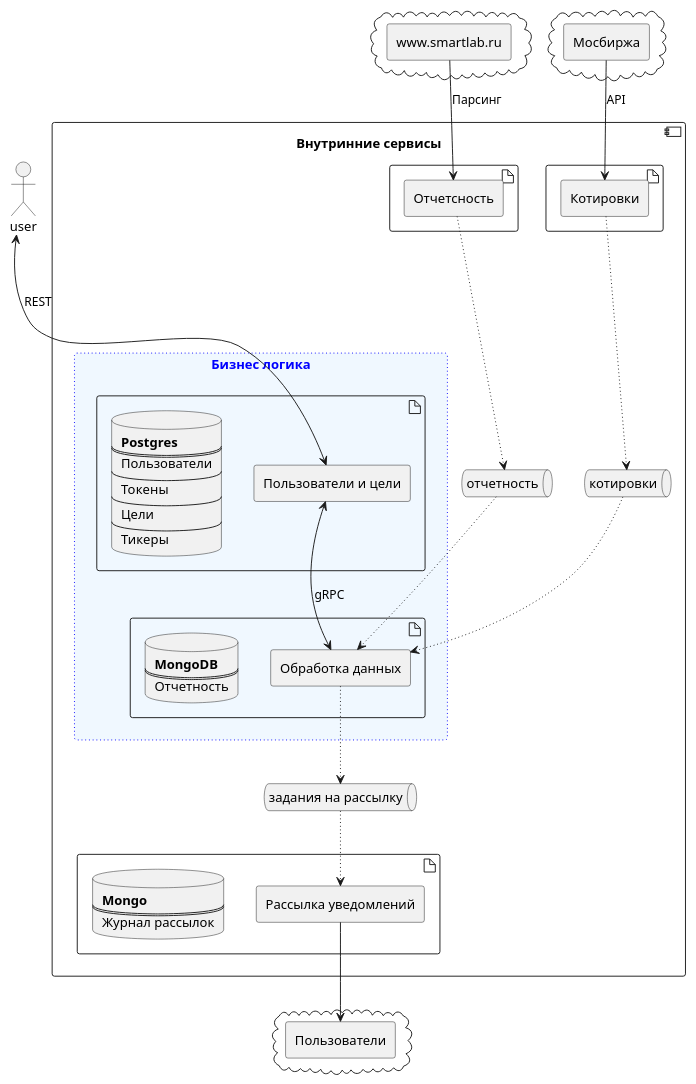
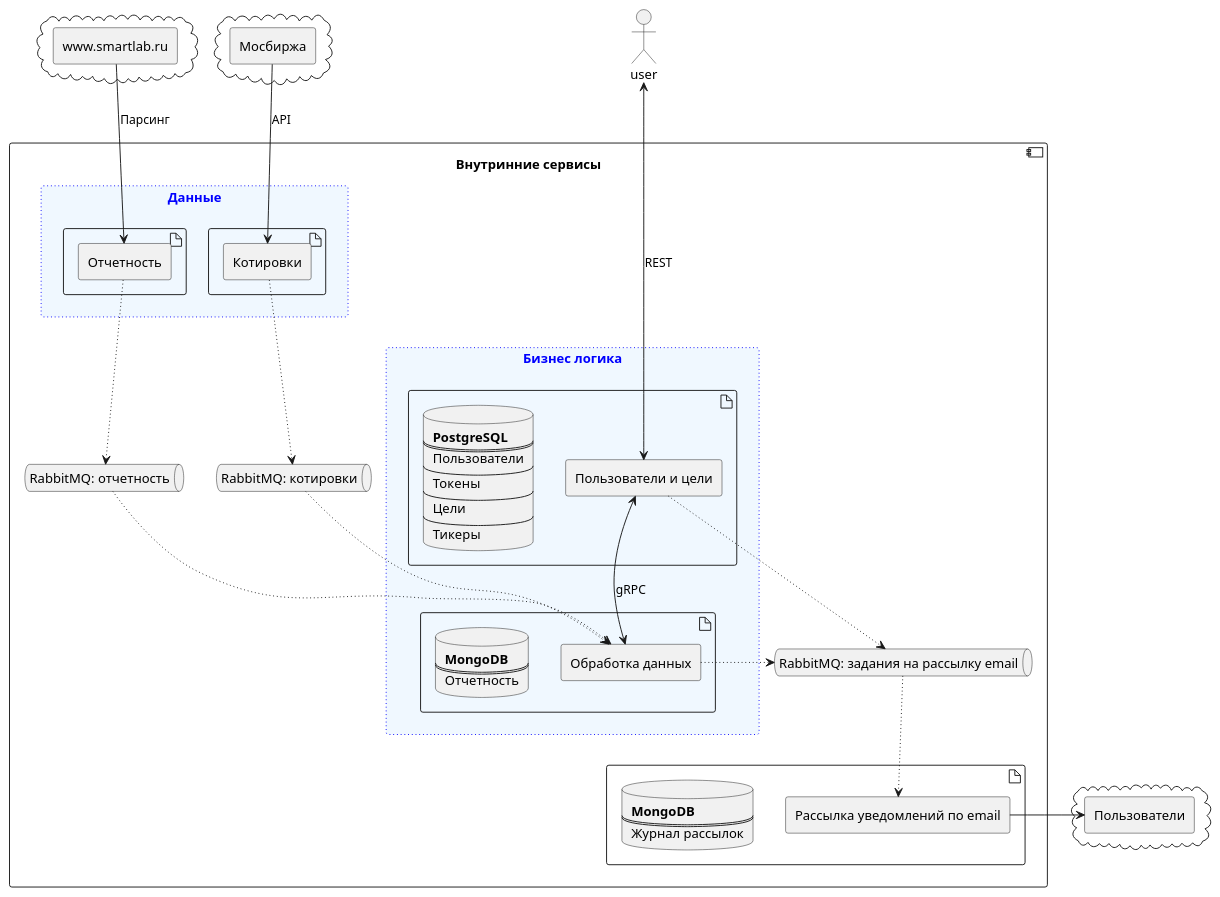
The diagram in README.md (akolobaha/fin_quotes), drawn with PlantUML before and after one commit. The commit also changed 7 other files, not shown here.

```diff
--- a/README.md
+++ b/README.md
@@ -32,11 +32,6 @@
 
 component "Внутринние сервисы" as internal {
 
-    artifact {
-        agent "Котировки" as tracker
-   
-    }
-    
     rectangle rect_processing as "Бизнес логика" #aliceblue;line:blue;line.dotted;text:blue {
         artifact  {
             agent "Обработка данных" as processing 
@@ -52,7 +47,7 @@
             agent "Пользователи и цели" as users_service 
             
             database database_user [
-                <b>Postgres
+                <b>PostgreSQL
                 ====
                 Пользователи
                 ----
@@ -67,21 +62,30 @@
     
     
     artifact {
-        agent "Рассылка уведомлений" as notification
+        
         database database_notification [
-                <b>Mongo
+                <b>MongoDB
                 ====
                 Журнал рассылок
             ]
+        agent "Рассылка уведомлений по email" as notification
+    }
+
+
+    rectangle rect_data as "Данные" #aliceblue;line:blue;line.dotted;text:blue {
+    artifact { 
+        agent "Отчетность" as parser
+    }
+
+    artifact {
+        agent "Котировки" as tracker
+   
+    }
     }
     
-    artifact { 
-        agent "Отчетсность" as parser
-    }
-    
-    queue "отчетность" as rabbit_fundamentals
-    queue "котировки" as rabbit_quotes 
-    queue "задания на рассылку" as rabbit_notifications
+    queue "RabbitMQ: отчетность" as rabbit_fundamentals
+    queue "RabbitMQ: котировки" as rabbit_quotes 
+    queue "RabbitMQ: задания на рассылку email" as rabbit_notifications
 
 }
 
@@ -101,20 +105,22 @@
 
 externalData --> parser: Парсинг
 
-tracker--[dotted]->rabbit_quotes
+tracker-[dotted]->rabbit_quotes
 rabbit_quotes-[dotted]->processing
 
-parser--[dotted]->rabbit_fundamentals
+parser-[dotted]->rabbit_fundamentals
 rabbit_fundamentals-[dotted]->processing
 
-processing -[dotted]-> rabbit_notifications
+users_service -[dotted]>rabbit_notifications
+
+processing -[dotted]> rabbit_notifications
 rabbit_notifications-[dotted]->notification
 
 users_service <--> processing : gRPC
 
 market-->tracker : "API"
 
-notification-->telegramm
+notification->telegramm
 
 
 actor <---> users_service : REST
```
